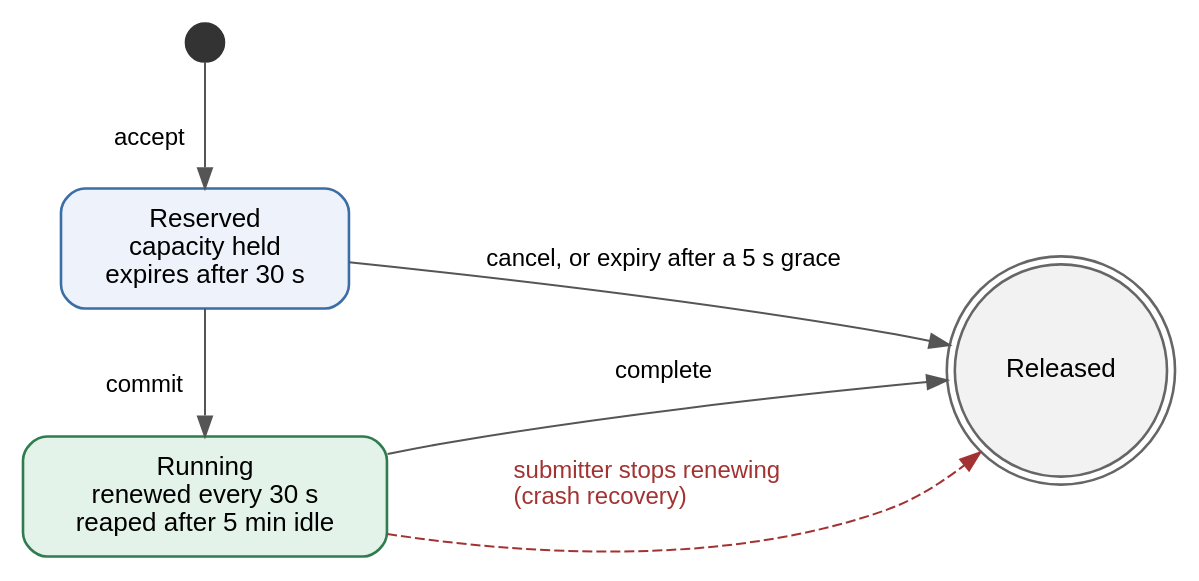
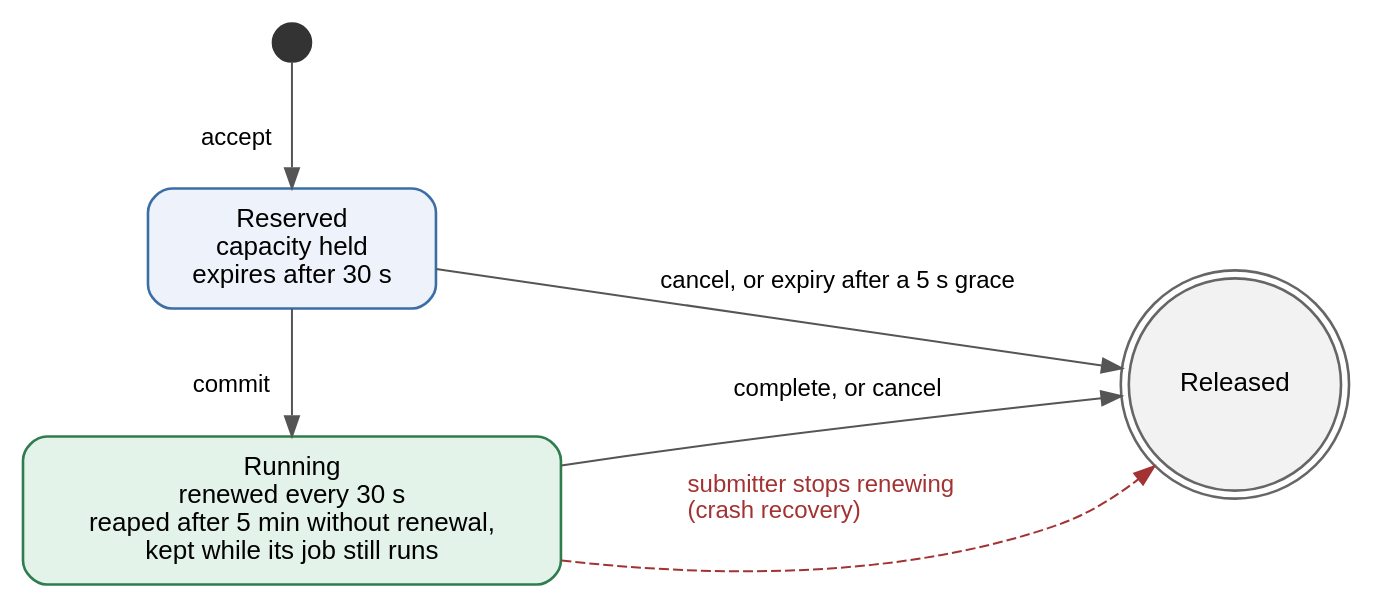
Before and after one commit to vinayakyadav2709/Pipedpeer: the diagram in docs/diagrams/src/fig_4.5_lease_fsm.dot, drawn with Graphviz. The commit also changed 28 other files, not shown here.

```diff
--- a/docs/diagrams/src/fig_4.5_lease_fsm.dot
+++ b/docs/diagrams/src/fig_4.5_lease_fsm.dot
@@ -1,25 +1,25 @@
 // Figure 4.5 - Lease state machine on the worker.
 // Laid out over two rows: a single row gives a 6:1 strip whose labels are
 // unreadable once scaled to the text width.
 digraph LeaseFSM {
   rankdir=LR; bgcolor="white"; nodesep=0.45; ranksep=0.85;
   node [fontname="Helvetica", fontsize=13, shape=box, style="rounded,filled",
         fillcolor="#eef3fb", color="#3b6ea5", penwidth=1.3, margin="0.20,0.13"];
   edge [fontname="Helvetica", fontsize=12, color="#555555"];
 
   start [label="", shape=circle, width=0.26, style=filled, fillcolor="#333333", color="#333333"];
   res   [label="Reserved\ncapacity held\nexpires after 30 s"];
-  run   [label="Running\nrenewed every 30 s\nreaped after 5 min idle", fillcolor="#e3f3e9", color="#2f7d4f"];
+  run   [label="Running\nrenewed every 30 s\nreaped after 5 min without renewal,\nkept while its job still runs", fillcolor="#e3f3e9", color="#2f7d4f"];
   gone  [label="Released", shape=doublecircle, style=filled, fillcolor="#f2f2f2", color="#666666", margin="0.10,0.08"];
 
   start -> res [xlabel="accept  "];
   res -> run   [xlabel="commit  "];
-  run -> gone  [label="  complete  "];
+  run -> gone  [label="  complete, or cancel  "];
 
   // The two failure exits go on a second row so their labels have room.
   res -> gone [label="  cancel, or expiry after a 5 s grace  "];
   run -> gone [label="  submitter stops renewing\l  (crash recovery)\l",
                style=dashed, color="#a33333", fontcolor="#a33333"];
 
   { rank=same; start; res; run; }
 }
```
